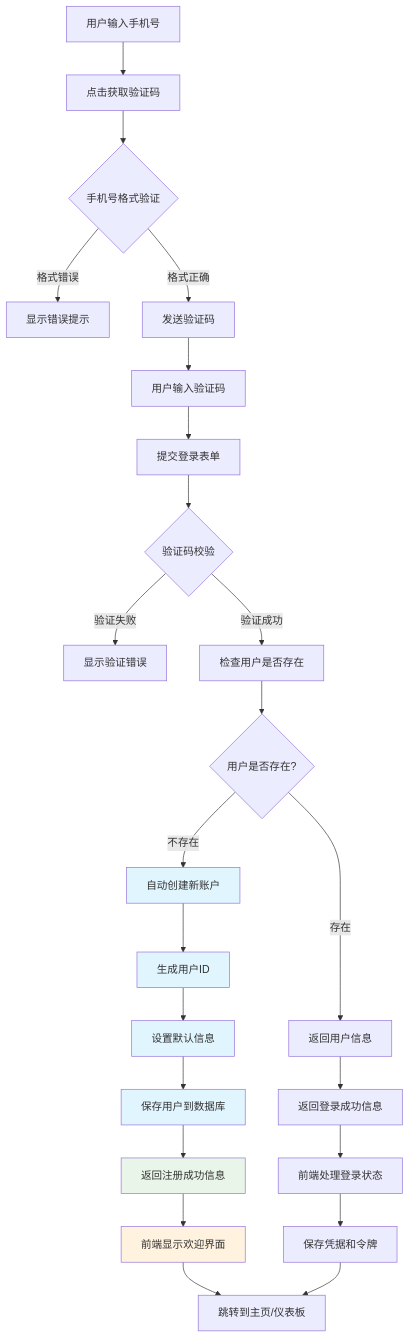
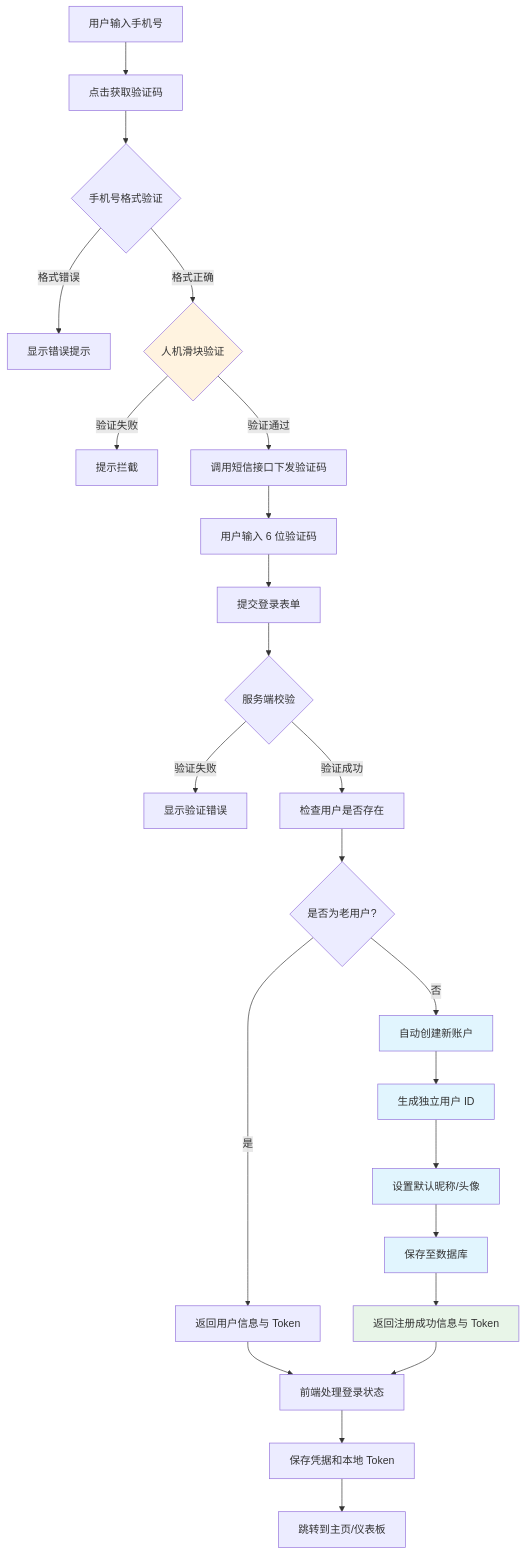
The first of 2 diagrams in docs/features/authentication/smscode/README.md (weihongyu12/web), drawn with Mermaid before and after one commit. The commit also changed other lines of this file, not shown here.

````diff
--- a/docs/features/authentication/smscode/README.md
+++ b/docs/features/authentication/smscode/README.md
@@ -392,37 +37,38 @@
 ```mermaid
 flowchart TD
     A[用户输入手机号] --> B[点击获取验证码]
     B --> C{手机号格式验证}
     C -->|格式错误| D[显示错误提示]
-    C -->|格式正确| E[发送验证码]
+    C -->|格式正确| V{人机滑块验证}
     
-    E --> F[用户输入验证码]
+    V -->|验证失败| D2[提示拦截]
+    V -->|验证通过| E[调用短信接口下发验证码]
+    
+    E --> F[用户输入 6 位验证码]
     F --> G[提交登录表单]
-    G --> H{验证码校验}
+    G --> H{服务端校验}
     H -->|验证失败| I[显示验证错误]
     H -->|验证成功| J[检查用户是否存在]
     
-    J --> K{用户是否存在?}
-    K -->|存在| L[返回用户信息]
-    K -->|不存在| M[自动创建新账户]
+    J --> K{是否为老用户?}
+    K -->|是| L[返回用户信息与 Token]
+    K -->|否| M[自动创建新账户]
     
-    M --> N[生成用户ID]
-    N --> O[设置默认信息]
-    O --> S[保存用户到数据库]
-    S --> T[返回注册成功信息]
+    M --> N[生成独立用户 ID]
+    N --> O[设置默认昵称/头像]
+    O --> S[保存至数据库]
+    S --> T[返回注册成功信息与 Token]
     
-    L --> U[返回登录成功信息]
-    T --> V[前端显示欢迎界面]
-    U --> W[前端处理登录状态]
+    L --> U[前端处理登录状态]
+    T --> U
     
-    V --> Z[跳转到主页/仪表板]
-    W --> AA[保存凭据和令牌]
-    AA --> Z
+    U --> AA[保存凭据和本地 Token]
+    AA --> Z[跳转到主页/仪表板]
     
     style M fill:#e1f5fe
     style N fill:#e1f5fe
     style O fill:#e1f5fe
     style S fill:#e1f5fe
     style T fill:#e8f5e8
     style V fill:#fff3e0
 ```
````
